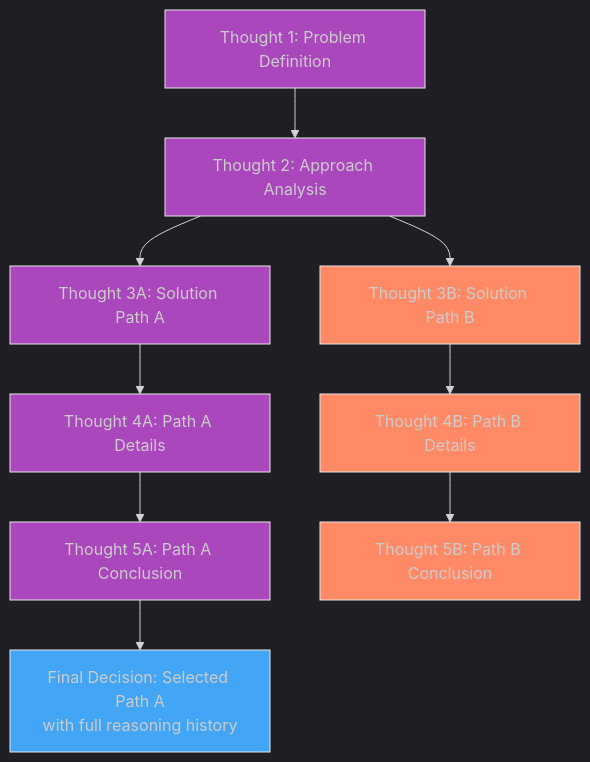
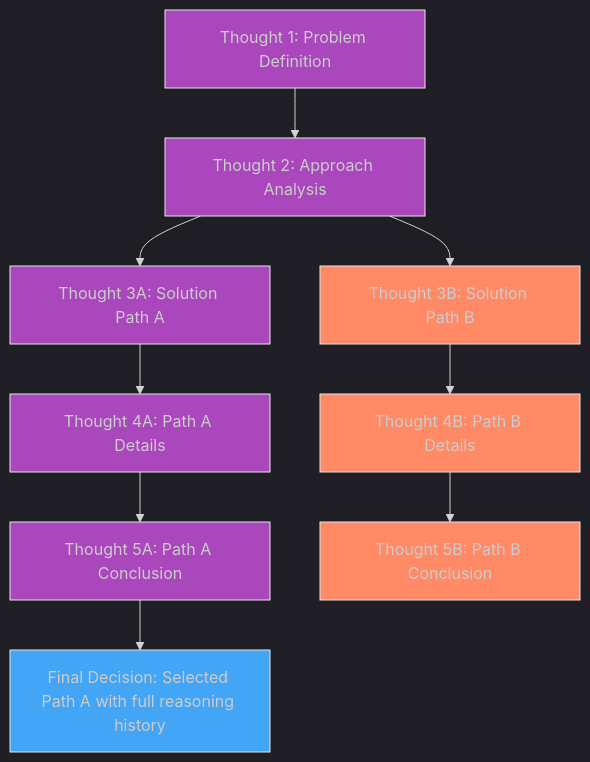
One commit to somebloke1/chroma_mcp_server changed the fourth of 8 diagrams in docs/thinking_tools/sequential_thinking.md. Above: the diagram before and after it, drawn with Mermaid. The commit also changed other lines of this file and 19 other files, not shown here.

````diff
--- a/docs/thinking_tools/sequential_thinking.md
+++ b/docs/thinking_tools/sequential_thinking.md
@@ -189,26 +189,26 @@
 ```mermaid
 %%{init: {'theme': 'dark'}}%%
 flowchart TD
     A["Thought 1: Problem Definition"] --> B["Thought 2: Approach Analysis"]
     
     B --> C["Thought 3A: Solution Path A"]
     B --> D["Thought 3B: Solution Path B"]
     
     C --> E["Thought 4A: Path A Details"]
     D --> F["Thought 4B: Path B Details"]
     
     E --> G["Thought 5A: Path A Conclusion"]
     F --> H["Thought 5B: Path B Conclusion"]
     
-    G --> I["Final Decision: Selected Path A\nwith full reasoning history"]
+    G --> I["Final Decision: Selected Path A with full reasoning history"]
 
     style A fill:#AB47BC,stroke:#E6E6E6,stroke-width:1px
     style B fill:#AB47BC,stroke:#E6E6E6,stroke-width:1px
     style C fill:#AB47BC,stroke:#E6E6E6,stroke-width:1px
     style D fill:#FF8A65,stroke:#E6E6E6,stroke-width:1px
     style E fill:#AB47BC,stroke:#E6E6E6,stroke-width:1px
     style F fill:#FF8A65,stroke:#E6E6E6,stroke-width:1px
     style G fill:#AB47BC,stroke:#E6E6E6,stroke-width:1px
     style H fill:#FF8A65,stroke:#E6E6E6,stroke-width:1px
     style I fill:#42A5F5,stroke:#E6E6E6,stroke-width:1px
 ```
````
